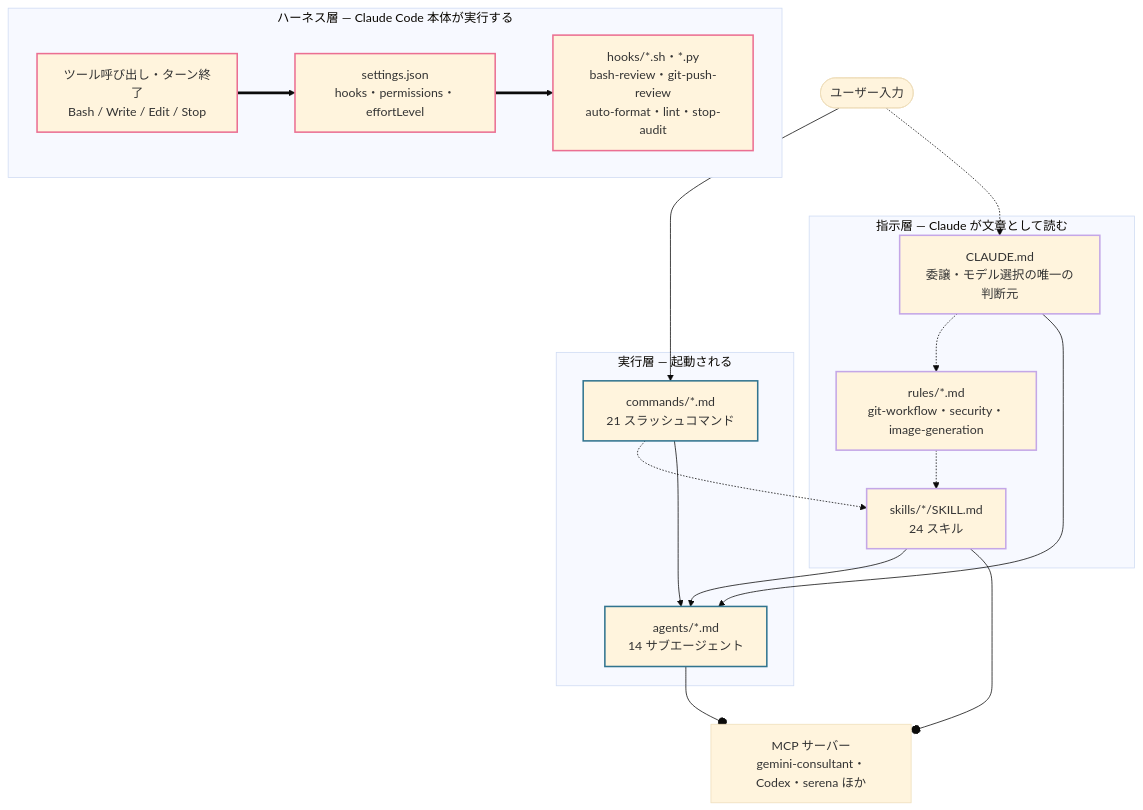
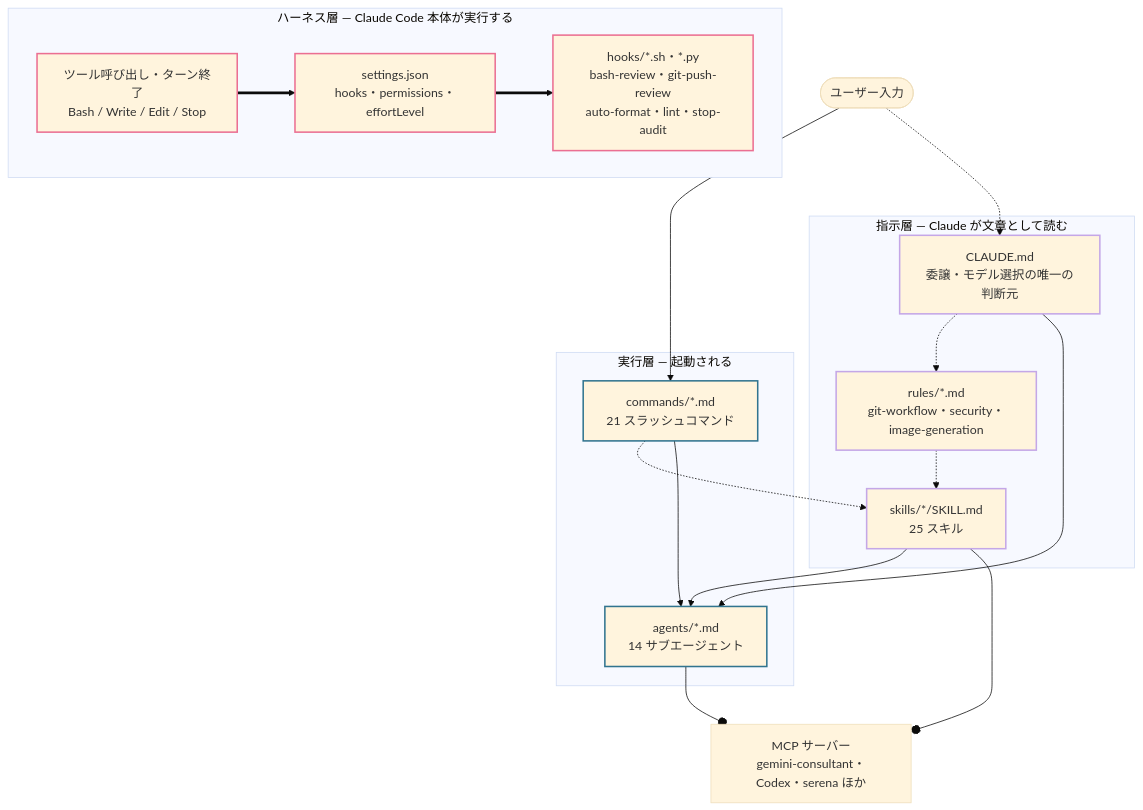
Before and after one commit to sardonyx0827/dotfiles: the first of 4 diagrams in docs/claude-architecture.md, drawn with Mermaid (base theme). The commit also changed other lines of this file and 5 other files, not shown here.

````diff
--- a/docs/claude-architecture.md
+++ b/docs/claude-architecture.md
@@ -45,43 +45,43 @@
 ```mermaid
 flowchart TB
     U(["ユーザー入力"])
 
     subgraph HARNESS["ハーネス層 — Claude Code 本体が実行する"]
         TOOL["ツール呼び出し・ターン終了<br/>Bash / Write / Edit / Stop"]
         SET["settings.json<br/>hooks・permissions・effortLevel"]
         HOOK["hooks/*.sh・*.py<br/>bash-review・git-push-review<br/>auto-format・lint・stop-audit"]
     end
 
     subgraph CONTEXT["指示層 — Claude が文章として読む"]
         CM["CLAUDE.md<br/>委譲・モデル選択の唯一の判断元"]
         RULE["rules/*.md<br/>git-workflow・security・image-generation"]
-        SKILL["skills/*/SKILL.md<br/>24 スキル"]
+        SKILL["skills/*/SKILL.md<br/>25 スキル"]
     end
 
     subgraph ACTOR["実行層 — 起動される"]
         CMD["commands/*.md<br/>21 スラッシュコマンド"]
         AGENT["agents/*.md<br/>14 サブエージェント"]
     end
 
     MCP["MCP サーバー<br/>gemini-consultant・Codex・serena ほか"]
 
     U --> CMD
     U -.-> CM
     CM -.-> RULE
     RULE -.-> SKILL
     CMD -.-> SKILL
     CM --> AGENT
     CMD --> AGENT
     SKILL --> AGENT
     SKILL --o MCP
     AGENT --o MCP
     TOOL ==> SET
     SET ==> HOOK
 
     classDef harness stroke:#eb6f92,stroke-width:2px
     classDef context stroke:#c4a7e7,stroke-width:2px
     classDef actor stroke:#31748f,stroke-width:2px
     class TOOL,SET,HOOK harness
     class CM,RULE,SKILL context
     class CMD,AGENT actor
 ```
````
